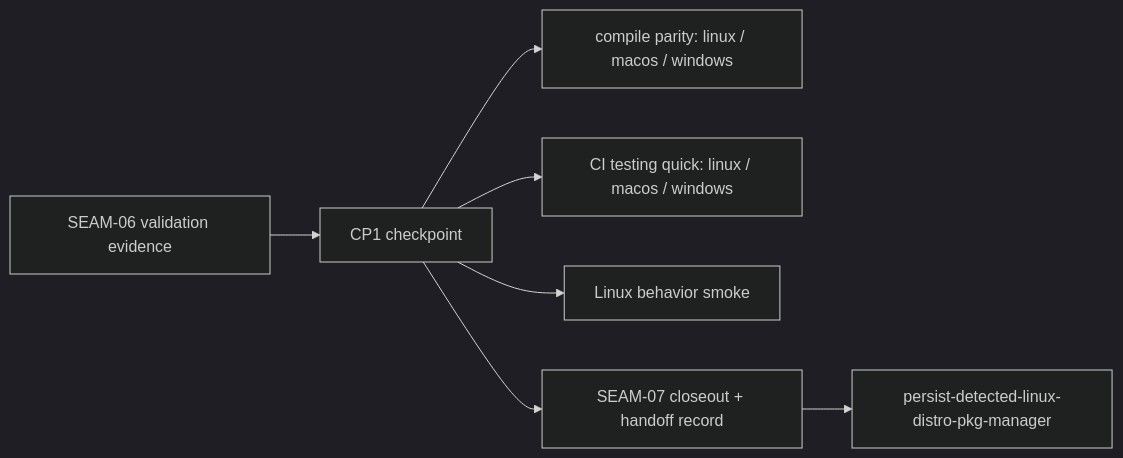
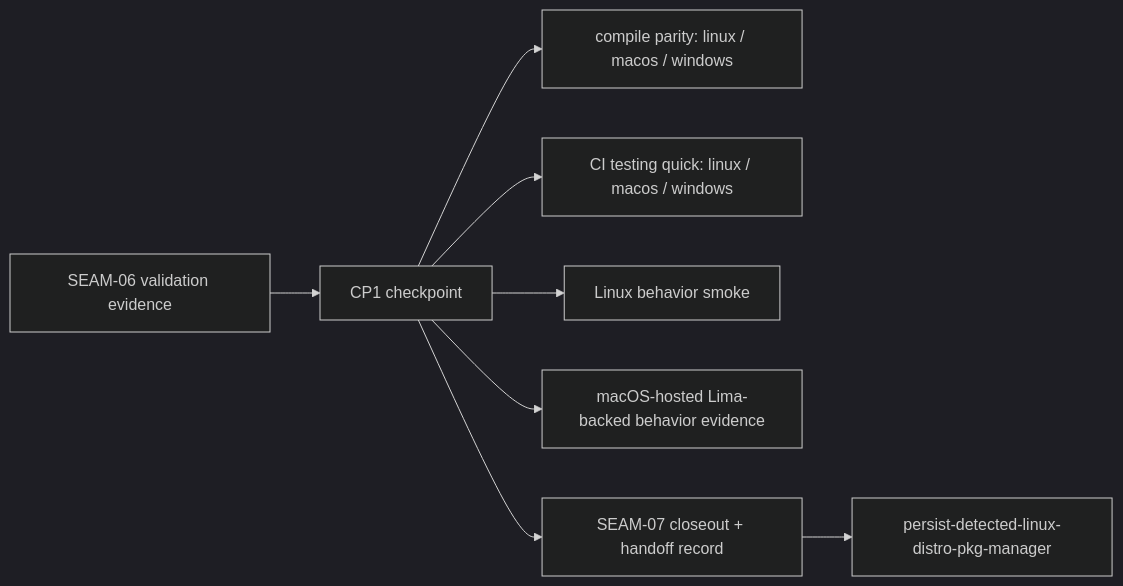
The fourth of 4 diagrams in docs/project_management/packs/draft/best-effort-distro-package-manager-fse/review_surfaces.md (atomize-hq/substrate), drawn with Mermaid (dark theme) before and after one commit. The commit also changed other lines of this file and 10 other files, not shown here.

Commit message:
Require macOS Lima-backed installer coverage in FSE pack

````diff
--- a/docs/project_management/packs/draft/best-effort-distro-package-manager-fse/review_surfaces.md
+++ b/docs/project_management/packs/draft/best-effort-distro-package-manager-fse/review_surfaces.md
@@ -53,9 +56,10 @@
 ```mermaid
 flowchart LR
   Evidence["SEAM-06 validation evidence"] --> CP1["CP1 checkpoint"]
   CP1 --> Parity["compile parity: linux / macos / windows"]
   CP1 --> Quick["CI testing quick: linux / macos / windows"]
   CP1 --> Behavior["Linux behavior smoke"]
+  CP1 --> MacBehavior["macOS-hosted Lima-backed behavior evidence"]
   CP1 --> Closeout["SEAM-07 closeout + handoff record"]
   Closeout --> Downstream["persist-detected-linux-distro-pkg-manager"]
 ```
````
